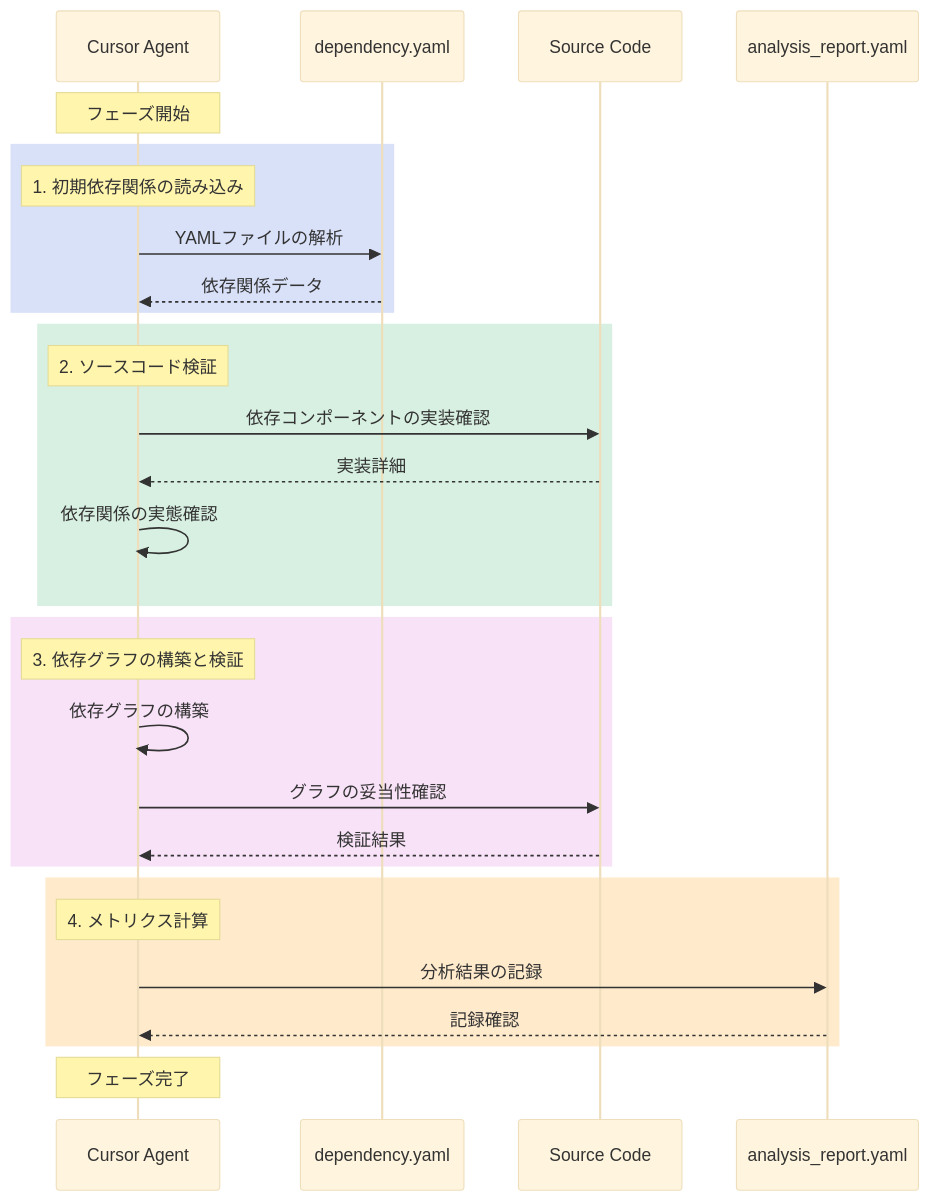
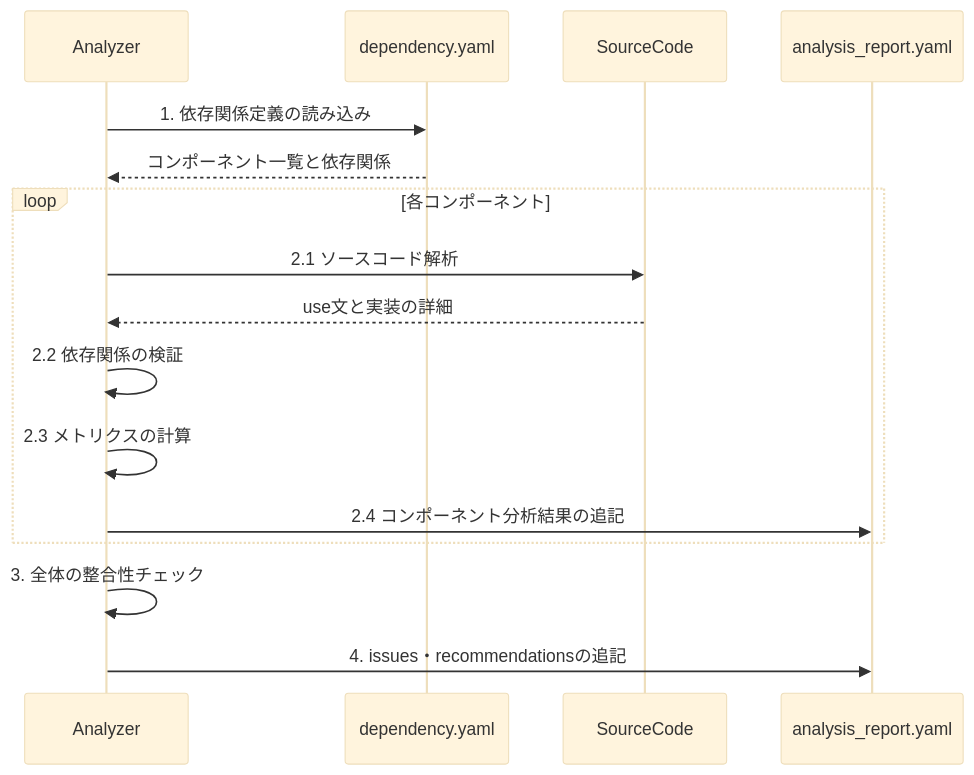
The diagram in FLOW/WORKFLOW_DI_ANALYZE.md (ryosuke911/WORKFLOW_DI), drawn with Mermaid (base theme) before and after one commit. The commit also changed other lines of this file, not shown here.

````diff
--- a/FLOW/WORKFLOW_DI_ANALYZE.md
+++ b/FLOW/WORKFLOW_DI_ANALYZE.md
@@ -17,37 +15,21 @@
 ```mermaid
 sequenceDiagram
-    participant Agent as Cursor Agent
-    participant DY as dependency.yaml
-    participant SC as Source Code
-    participant Report as analysis_report.yaml
+    participant A as Analyzer
+    participant D as dependency.yaml
+    participant S as SourceCode
+    participant R as analysis_report.yaml
 
-    Note over Agent: フェーズ開始
+    A->>D: 1. 依存関係定義の読み込み
+    D-->>A: コンポーネント一覧と依存関係
 
-    rect rgba(65, 105, 225, 0.2)
-        Note over Agent: 1. 初期依存関係の読み込み
-        Agent->>DY: YAMLファイルの解析
-        DY-->>Agent: 依存関係データ
+    loop 各コンポーネント
+        A->>S: 2.1 ソースコード解析
+        S-->>A: use文と実装の詳細
+        A->>A: 2.2 依存関係の検証
+        A->>A: 2.3 メトリクスの計算
+        A->>R: 2.4 コンポーネント分析結果の追記
     end
 
-    rect rgba(60, 179, 113, 0.2)
-        Note over Agent: 2. ソースコード検証
-        Agent->>SC: 依存コンポーネントの実装確認
-        SC-->>Agent: 実装詳細
-        Agent->>Agent: 依存関係の実態確認
-    end
-
-    rect rgba(218, 112, 214, 0.2)
-        Note over Agent: 3. 依存グラフの構築と検証
-        Agent->>Agent: 依存グラフの構築
-        Agent->>SC: グラフの妥当性確認
-        SC-->>Agent: 検証結果
-    end
-
-    rect rgba(255, 152, 0, 0.2)
-        Note over Agent: 4. メトリクス計算
-        Agent->>Report: 分析結果の記録
-        Report-->>Agent: 記録確認
-    end
-
-    Note over Agent: フェーズ完了
+    A->>A: 3. 全体の整合性チェック
+    A->>R: 4. issues・recommendationsの追記
 ```
````
